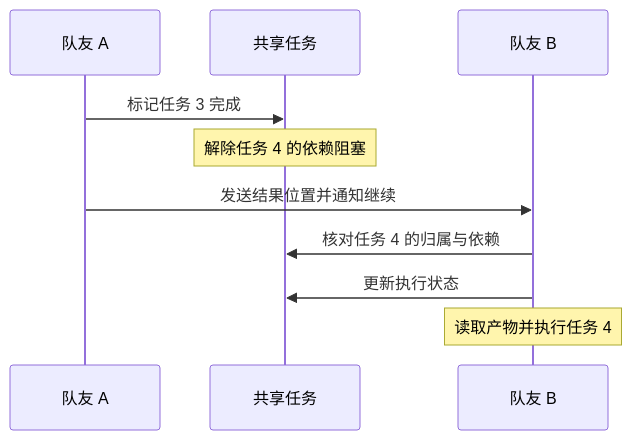
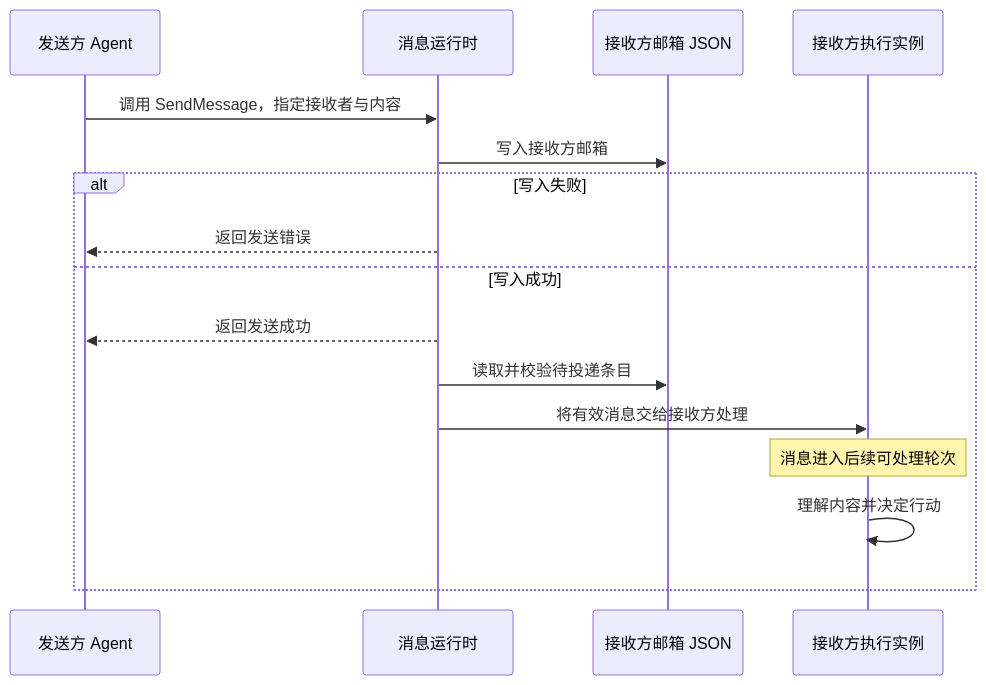
The diagram in agent-teams/Claude Code Agent Teams 方案分析与洞察.md (YXJiang1996/agent-learning-notes), drawn with Mermaid before and after one commit. The commit also changed other lines of this file and 4 other files, not shown here.

````diff
--- a/agent-teams/Claude Code Agent Teams 方案分析与洞察.md
+++ b/agent-teams/Claude Code Agent Teams 方案分析与洞察.md
@@ -44,12 +150,18 @@
 ```mermaid
 sequenceDiagram
-    participant A as 队友 A
-    participant T as 共享任务
-    participant B as 队友 B
-    A->>T: 标记任务 3 完成
-    Note over T: 解除任务 4 的依赖阻塞
-    A->>B: 发送结果位置并通知继续
-    B->>T: 核对任务 4 的归属与依赖
-    B->>T: 更新执行状态
-    Note over B: 读取产物并执行任务 4
+    participant A as 发送方 Agent
+    participant R as 消息运行时
+    participant M as 接收方邮箱 JSON
+    participant B as 接收方执行实例
+    A->>R: 调用 SendMessage，指定接收者与内容
+    R->>M: 写入接收方邮箱
+    alt 写入失败
+        R-->>A: 返回发送错误
+    else 写入成功
+        R-->>A: 返回发送成功
+        R->>M: 读取并校验待投递条目
+        R->>B: 将有效消息交给接收方处理
+        Note over B: 消息进入后续可处理轮次
+        B->>B: 理解内容并决定行动
+    end
 ```
````
